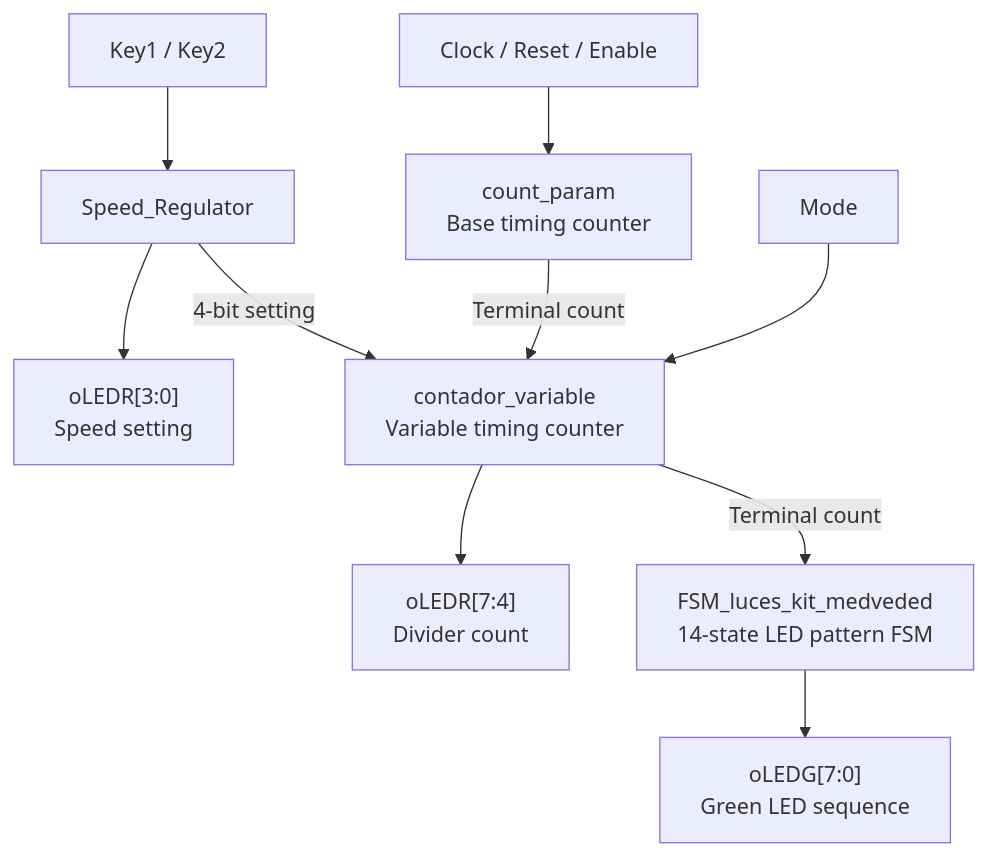
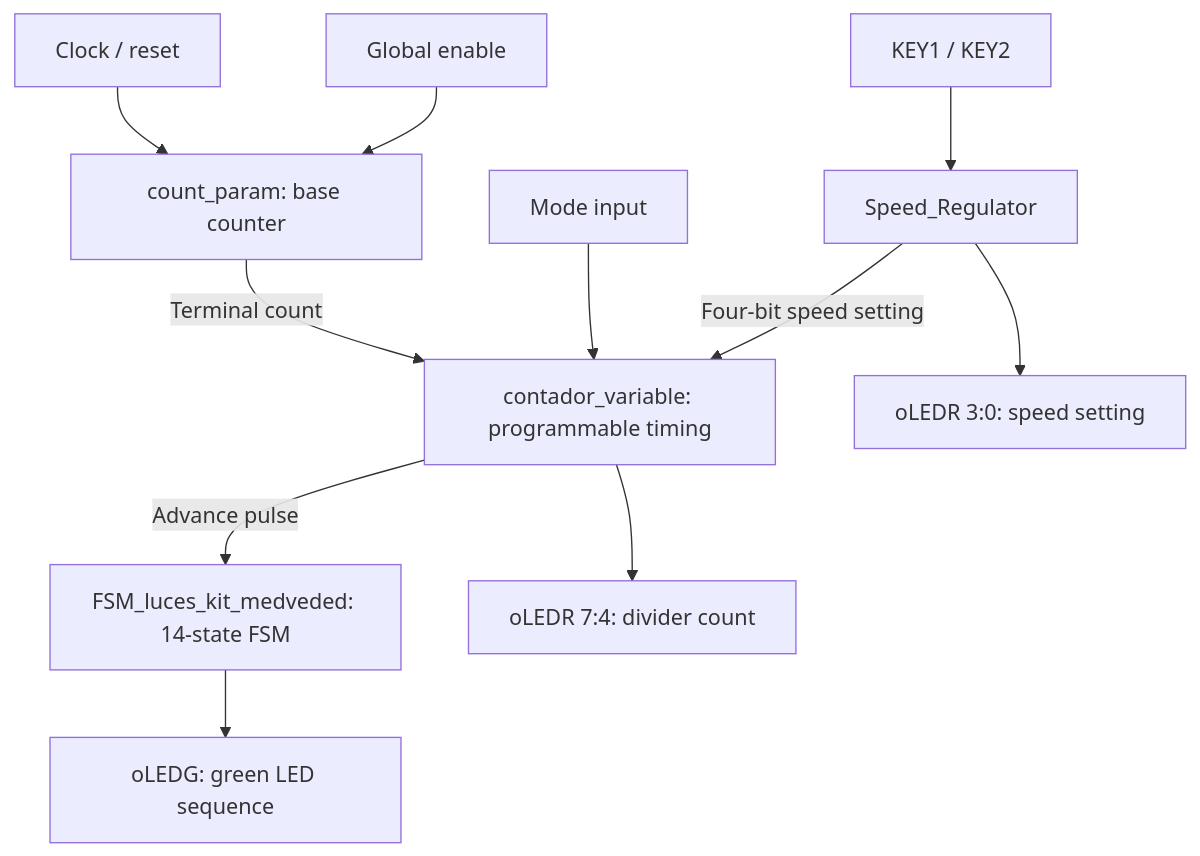
One commit to majs1992J29/Verilog-FSM-LED-Sequencer changed the diagram in README.md. Above: the diagram before and after it, drawn with Mermaid. The commit also changed other lines of this file, not shown here.

````diff
--- a/README.md
+++ b/README.md
@@ -21,12 +18,13 @@
 ```mermaid
 flowchart TD
-    CLK[Clock / Reset / Enable] --> BASE["count_param<br/>Base timing counter"]
-    BASE -->|Terminal count| DIV["contador_variable<br/>Variable timing counter"]
-    KEY["Key1 / Key2"] --> SPEED["Speed_Regulator"]
-    SPEED -->|4-bit setting| DIV
-    MODE["Mode"] --> DIV
-    DIV -->|Terminal count| LED["FSM_luces_kit_medveded<br/>14-state LED pattern FSM"]
-    LED --> GREEN["oLEDG[7:0]<br/>Green LED sequence"]
-    DIV --> REDHI["oLEDR[7:4]<br/>Divider count"]
-    SPEED --> REDLO["oLEDR[3:0]<br/>Speed setting"]
+    CLK[Clock / reset] --> BASE[count_param: base counter]
+    EN[Global enable] --> BASE
+    BASE -->|Terminal count| DIV[contador_variable: programmable timing]
+    MODE[Mode input] --> DIV
+    K[KEY1 / KEY2] --> REG[Speed_Regulator]
+    REG -->|Four-bit speed setting| DIV
+    DIV -->|Advance pulse| FSM[FSM_luces_kit_medveded: 14-state FSM]
+    FSM --> GREEN[oLEDG: green LED sequence]
+    DIV --> REDH[oLEDR 7:4: divider count]
+    REG --> REDL[oLEDR 3:0: speed setting]
 ```
````
